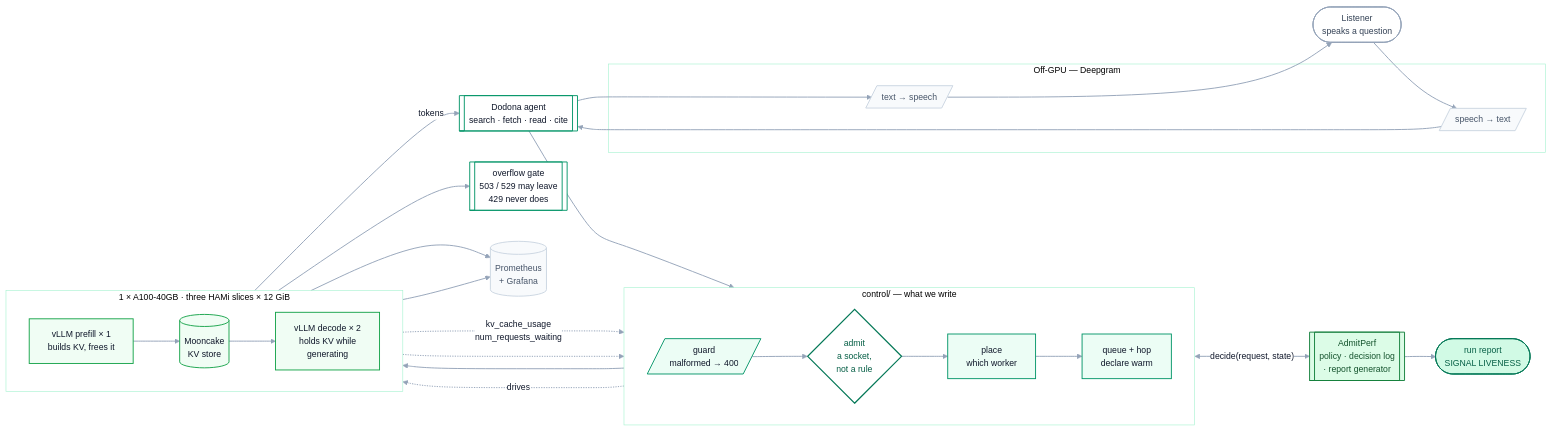
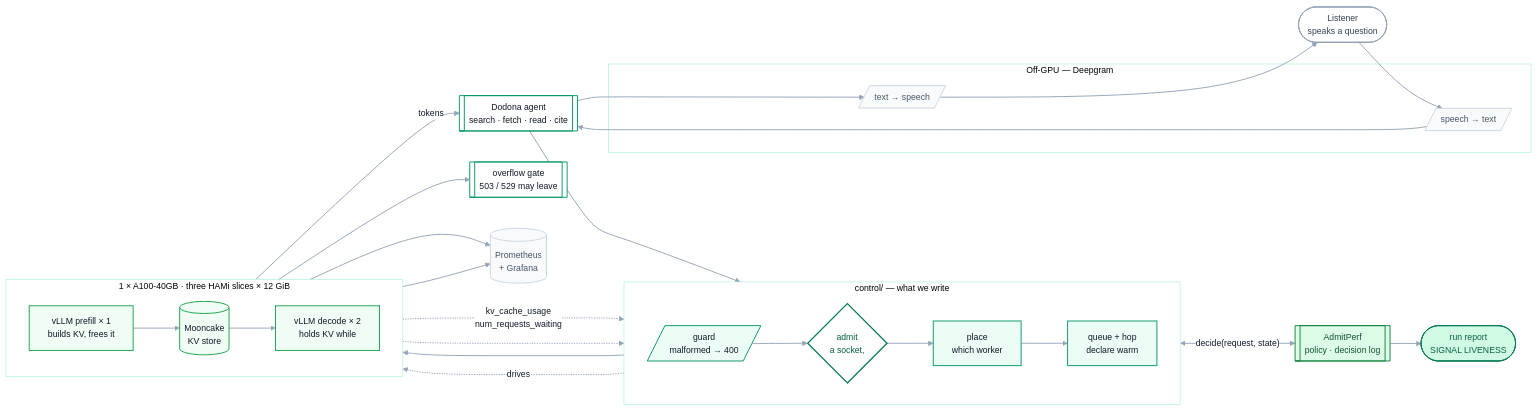
Before and after one commit to harshuljain13/Dodona: the first of 7 diagrams in SUBMISSION.md, drawn with Mermaid. The commit also changed other lines of this file and 17 other files, not shown here.

```diff
--- a/SUBMISSION.md
+++ b/SUBMISSION.md
@@ -91,20 +91,20 @@
     subgraph CTRL["control/ — what we write"]
         direction LR
         G[/"guard<br/>malformed → 400"/]
-        A{"admit<br/>a socket,<br/>not a rule"}
+        A{"admit<br/>a socket,"}
         P["place<br/>which worker"]
         Q["queue + hop<br/>declare warm"]
         G --> A --> P --> Q
     end
 
-    AP[["AdmitPerf<br/>policy · decision log<br/>· report generator"]]
-    OVF[["overflow gate<br/>503 / 529 may leave<br/>429 never does"]]
+    AP[["AdmitPerf<br/>policy · decision log"]]
+    OVF[["overflow gate<br/>503 / 529 may leave"]]
 
     subgraph GPUBOX["1 × A100-40GB · three HAMi slices × 12 GiB"]
         direction LR
         PF["vLLM prefill × 1<br/>builds KV, frees it"]
         MC[("Mooncake<br/>KV store")]
-        DC["vLLM decode × 2<br/>holds KV while<br/>generating"]
+        DC["vLLM decode × 2<br/>holds KV while"]
         PF --> MC --> DC
     end
 
```
